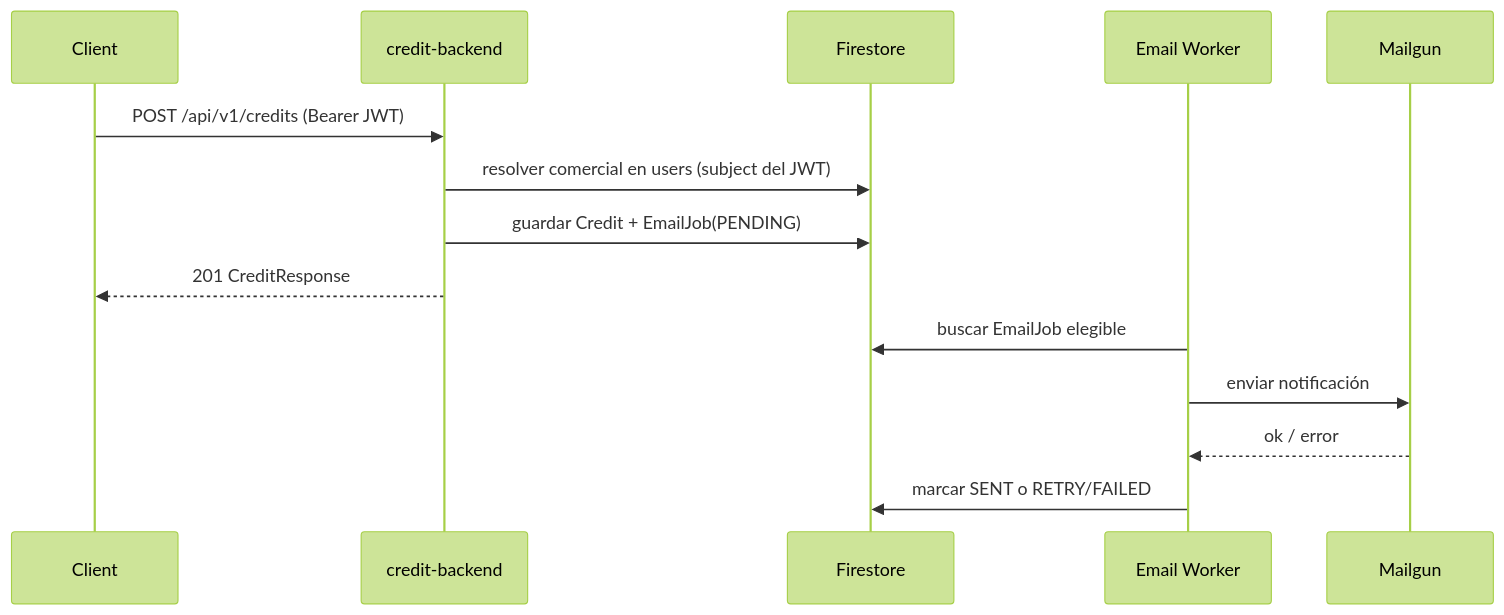
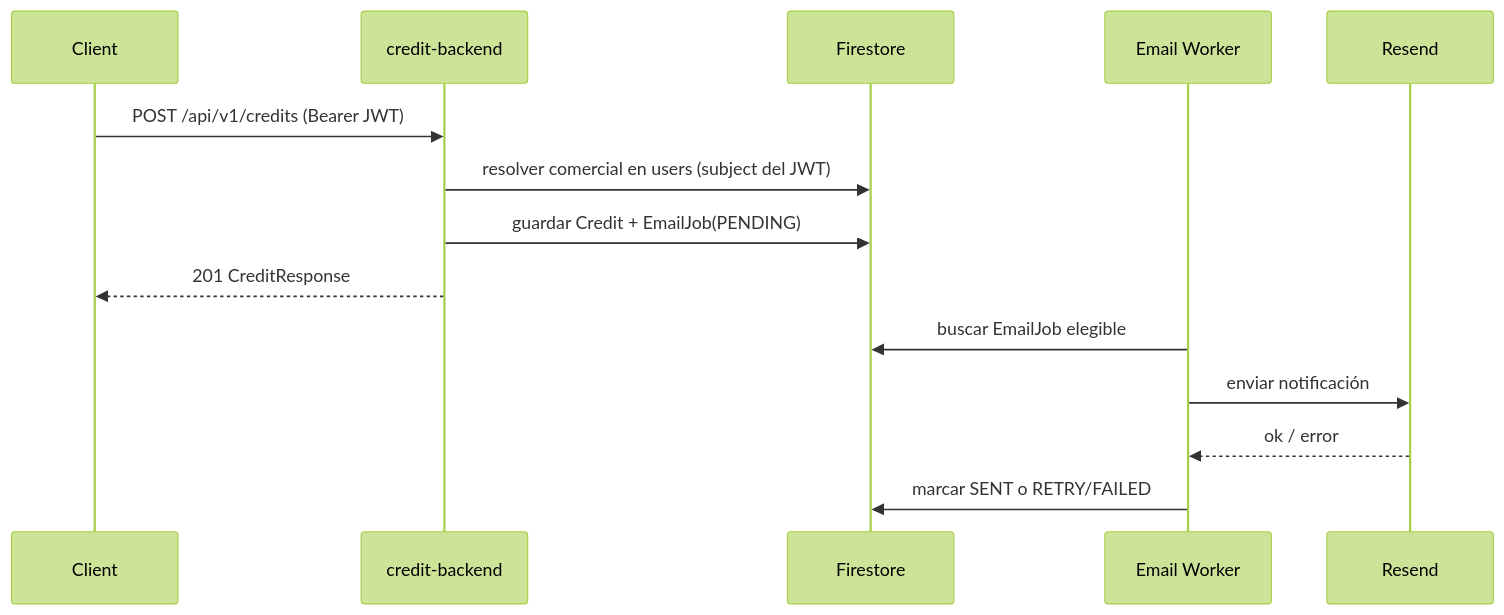
The third of 4 diagrams in README.md (CarlosPolo019/credit-backend), drawn with Mermaid (forest theme) before and after one commit. The commit also changed other lines of this file and 11 other files, not shown here.

````diff
--- a/README.md
+++ b/README.md
@@ -68,16 +68,16 @@
 ```mermaid
 sequenceDiagram
   participant Client
   participant API as credit-backend
   participant DB as Firestore
   participant Worker as Email Worker
-  participant Mailgun
+  participant Resend
   Client->>API: POST /api/v1/credits (Bearer JWT)
   API->>DB: resolver comercial en users (subject del JWT)
   API->>DB: guardar Credit + EmailJob(PENDING)
   API-->>Client: 201 CreditResponse
   Worker->>DB: buscar EmailJob elegible
-  Worker->>Mailgun: enviar notificación
-  Mailgun-->>Worker: ok / error
+  Worker->>Resend: enviar notificación
+  Resend-->>Worker: ok / error
   Worker->>DB: marcar SENT o RETRY/FAILED
 ```
````
